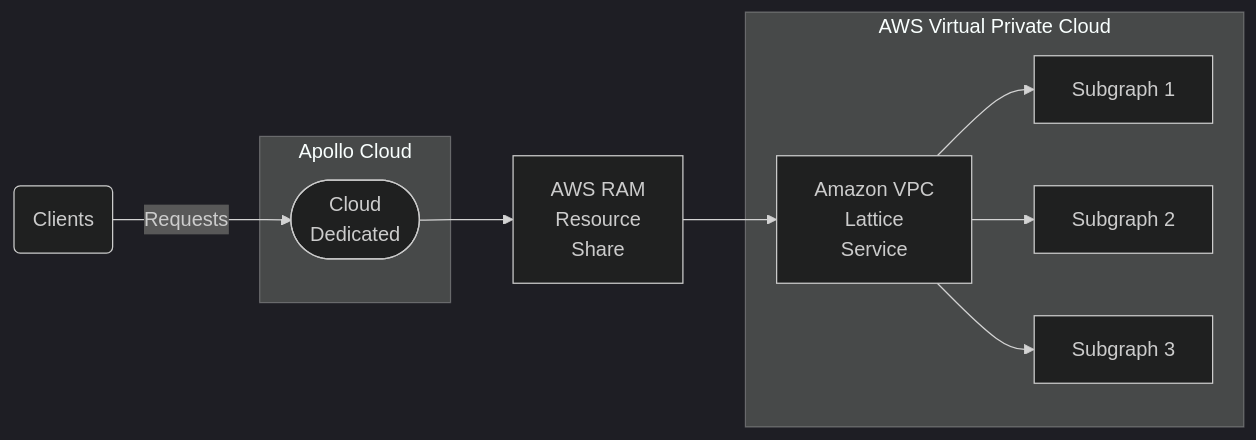
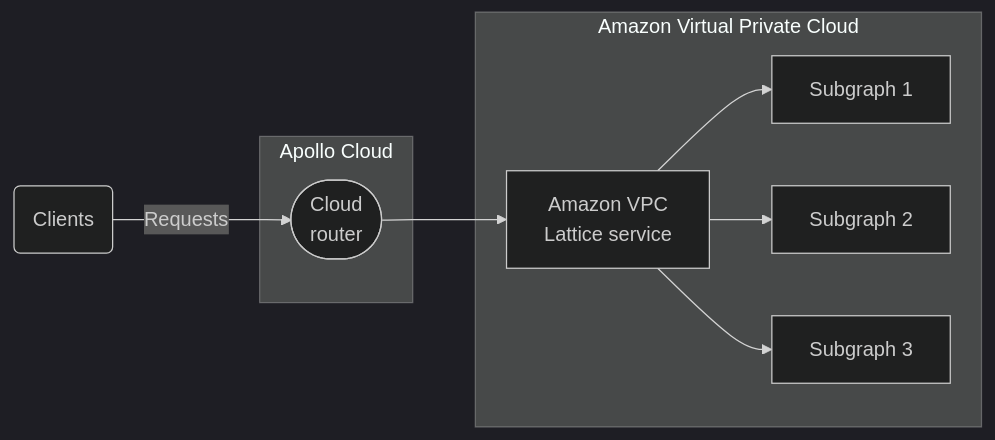
Before and after one commit to apollographql/docs: the first of 3 diagrams in src/content/graphos/cloud-routing/dedicated/lattice.mdx, drawn with Mermaid (dark theme). The commit also changed other lines of this file and 27 other files, not shown here.

````diff
--- a/src/content/graphos/cloud-routing/dedicated/lattice.mdx
+++ b/src/content/graphos/cloud-routing/dedicated/lattice.mdx
@@ -13,20 +11,18 @@
 ```mermaid
 flowchart LR;
   clients(Clients);
   subgraph "Apollo Cloud";
-    router(["Cloud <br/> Dedicated"]);
+    router(["Cloud <br/> router"]);
   end;
-  resourceshare["AWS RAM <br/> Resource <br/> Share"]
-  subgraph "AWS Virtual Private Cloud"
-    lattice[Amazon VPC <br/> Lattice <br/> Service]
+  subgraph "Amazon Virtual Private Cloud"
+    lattice[Amazon VPC <br/> Lattice service]
     service1[Subgraph 1];
     service2[Subgraph 2];
     service3[Subgraph 3];
   end;
 
-  router --> resourceshare
-  resourceshare --> lattice
+  router --> lattice
   lattice --> service1 & service2 & service3;
 
   clients -->|Requests| router;
 ```
````
